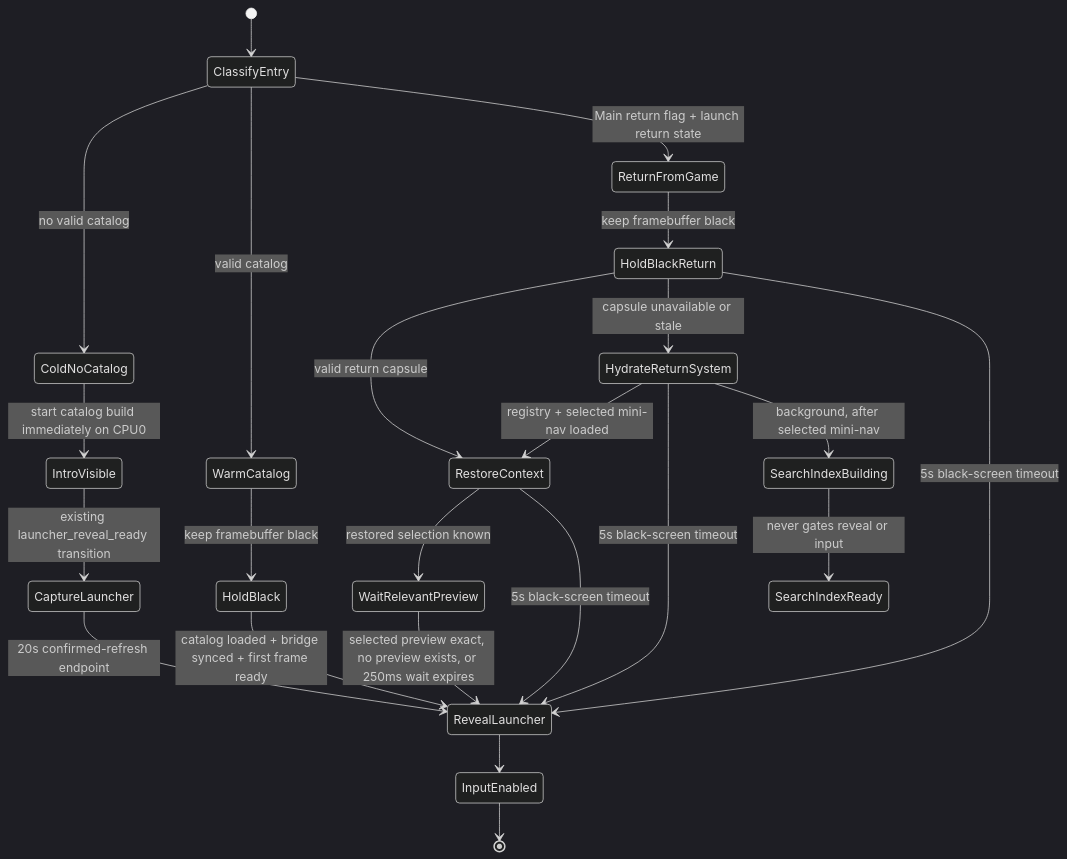
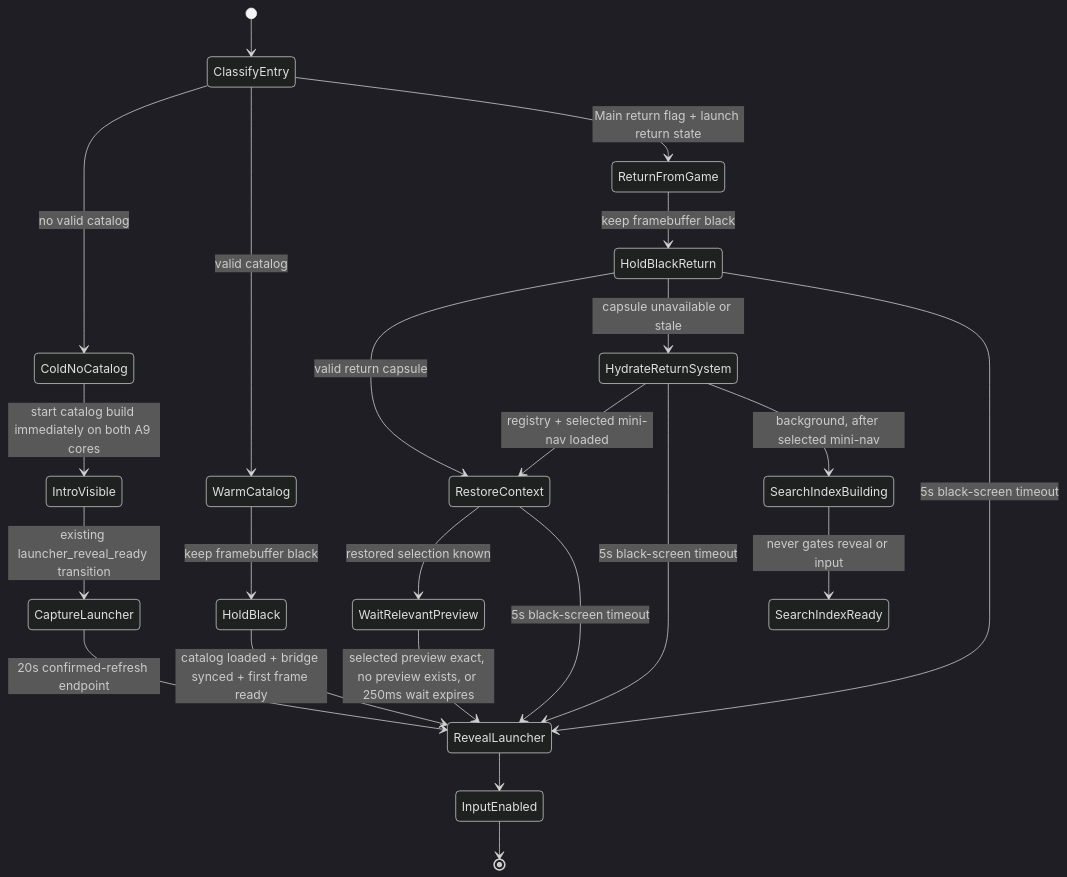
Before and after one commit to NigelBreslaw/MiSTer-MagiK: the sixth of 7 diagrams in docs/architecture.md, drawn with Mermaid (dark theme). The commit also changed other lines of this file and 2 other files, not shown here.

Commit message:
Burst catalog work before launcher reveal

````diff
--- a/docs/architecture.md
+++ b/docs/architecture.md
@@ -691,31 +691,31 @@
 ```mermaid
 stateDiagram-v2
     [*] --> ClassifyEntry
 
     ClassifyEntry --> ColdNoCatalog: no valid catalog
     ClassifyEntry --> WarmCatalog: valid catalog
     ClassifyEntry --> ReturnFromGame: Main return flag + launch return state
 
-    ColdNoCatalog --> IntroVisible: start catalog build immediately on CPU0
+    ColdNoCatalog --> IntroVisible: start catalog build immediately on both A9 cores
     IntroVisible --> CaptureLauncher: existing launcher_reveal_ready transition
     CaptureLauncher --> RevealLauncher: 20s confirmed-refresh endpoint
 
     WarmCatalog --> HoldBlack: keep framebuffer black
     HoldBlack --> RevealLauncher: catalog loaded + bridge synced + first frame ready
 
     ReturnFromGame --> HoldBlackReturn: keep framebuffer black
     HoldBlackReturn --> RestoreContext: valid return capsule
     HoldBlackReturn --> HydrateReturnSystem: capsule unavailable or stale
     HoldBlackReturn --> RevealLauncher: 5s black-screen timeout
     HydrateReturnSystem --> RestoreContext: registry + selected mini-nav loaded
     HydrateReturnSystem --> RevealLauncher: 5s black-screen timeout
     RestoreContext --> WaitRelevantPreview: restored selection known
     RestoreContext --> RevealLauncher: 5s black-screen timeout
     WaitRelevantPreview --> RevealLauncher: selected preview exact, no preview exists, or 250ms wait expires
 
     HydrateReturnSystem --> SearchIndexBuilding: background, after selected mini-nav
     SearchIndexBuilding --> SearchIndexReady: never gates reveal or input
 
     RevealLauncher --> InputEnabled
     InputEnabled --> [*]
 ```
````
